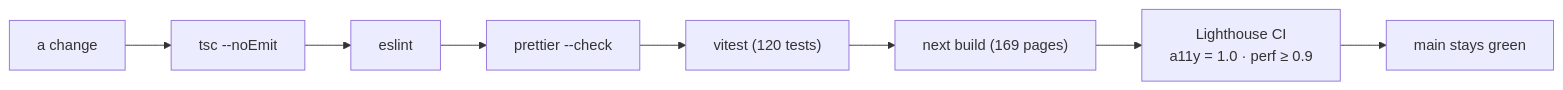
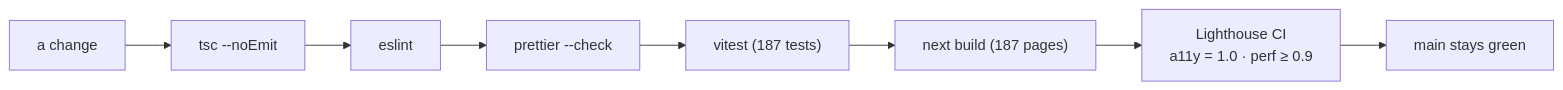
The third of 3 diagrams in README.md (aniruddhaadak80/wow-repo), drawn with Mermaid before and after one commit. The commit also changed other lines of this file and 5 other files, not shown here.

````diff
--- a/README.md
+++ b/README.md
@@ -128,10 +138,10 @@
 ```mermaid
 flowchart LR
     A["a change"] --> B["tsc --noEmit"]
     B --> C["eslint"]
     C --> D["prettier --check"]
-    D --> E["vitest (120 tests)"]
-    E --> F["next build (169 pages)"]
+    D --> E["vitest (187 tests)"]
+    E --> F["next build (187 pages)"]
     F --> G["Lighthouse CI<br/>a11y = 1.0 · perf ≥ 0.9"]
     G --> H["main stays green"]
 ```
````
